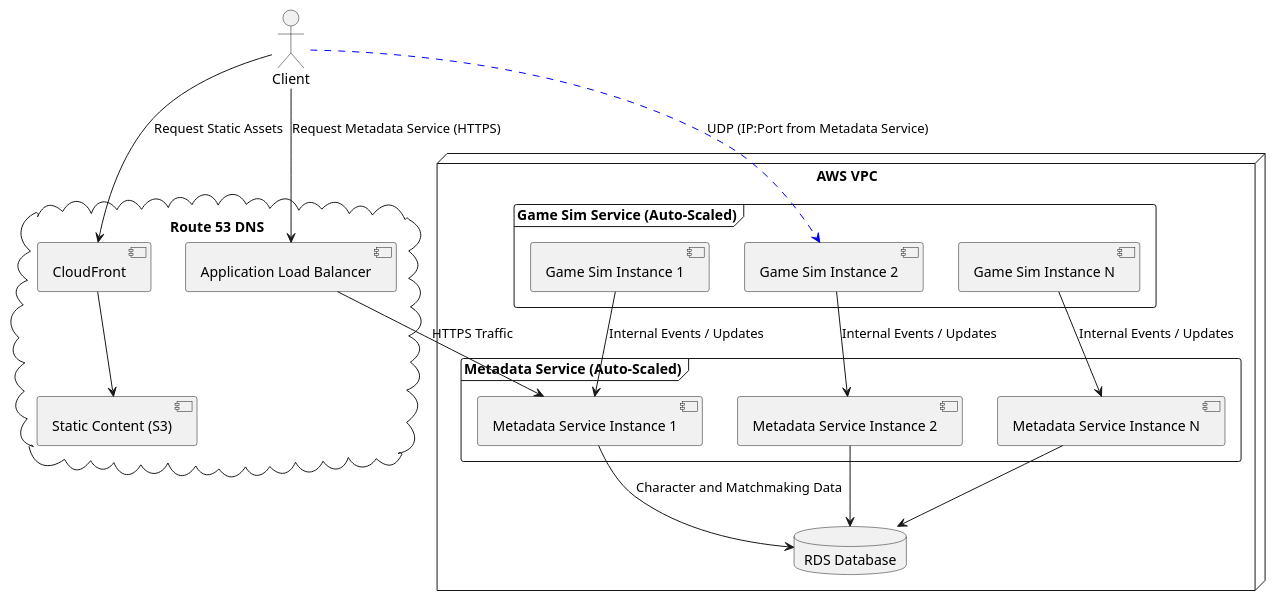
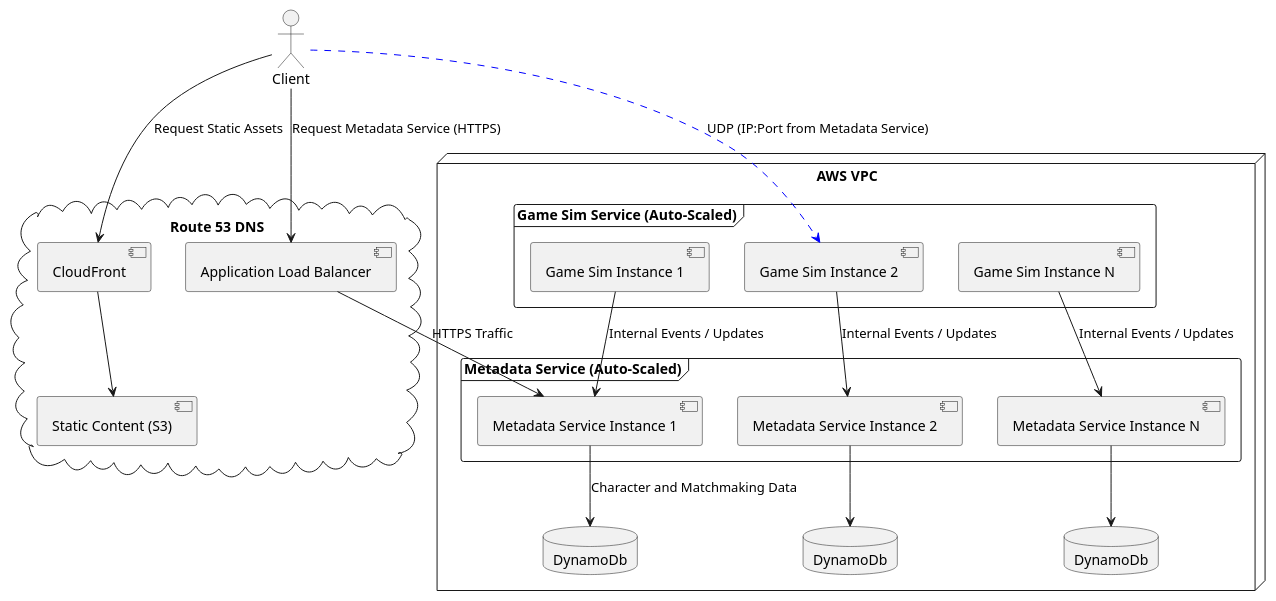
Before and after one commit to dcasadevall/rpg-server: the diagram in docs/puml/2-aws-architecture.puml, drawn with PlantUML. The commit also changed 15 other files, not shown here.

```diff
--- a/docs/puml/2-aws-architecture.puml
+++ b/docs/puml/2-aws-architecture.puml
@@ -1,43 +1,45 @@
 @startuml AWS Multiplayer Deployment (with Autoscaling)
 actor Client
 cloud "Route 53 DNS" {
     [CloudFront] --> [Static Content (S3)]
     [Application Load Balancer]
 }
 
 node "AWS VPC" {
     frame "Metadata Service (Auto-Scaled)" {
         [Metadata Service Instance 1]
         [Metadata Service Instance 2]
         [Metadata Service Instance N]
     }
-    
+
     frame "Game Sim Service (Auto-Scaled)" {
         [Game Sim Instance 1]
         [Game Sim Instance 2]
         [Game Sim Instance N]
     }
-    
-    database "RDS Database" as RDS
+
+    database "DynamoDb" as DynamoDb1
+    database "DynamoDb" as DynamoDb2
+    database "DynamoDb" as DynamoDb3
 }
 
 ' Client Connections
 Client --> [CloudFront] : Request Static Assets
 Client --> [Application Load Balancer] : Request Metadata Service (HTTPS)
 
 ' API Flow (Single line from ALB to Metadata Service Frame)
 [Application Load Balancer] --> [Metadata Service Instance 1] : HTTPS Traffic
 
 ' Metadata Service to RDS
-[Metadata Service Instance 1] --> RDS : Character and Matchmaking Data
-[Metadata Service Instance 2] --> RDS
-[Metadata Service Instance N] --> RDS
+[Metadata Service Instance 1] --> DynamoDb1 : Character and Matchmaking Data
+[Metadata Service Instance 2] --> DynamoDb2
+[Metadata Service Instance N] --> DynamoDb3
 
 ' Direct UDP Connection to Game Sim (Single line)
 Client -[#blue,dashed]-> [Game Sim Instance 2] : UDP (IP:Port from Metadata Service)
 
 ' Game Sim Service updates
 [Game Sim Instance 1] --> [Metadata Service Instance 1] : Internal Events / Updates
 [Game Sim Instance 2] --> [Metadata Service Instance 2] : Internal Events / Updates
 [Game Sim Instance N] --> [Metadata Service Instance N] : Internal Events / Updates
 @enduml
```
